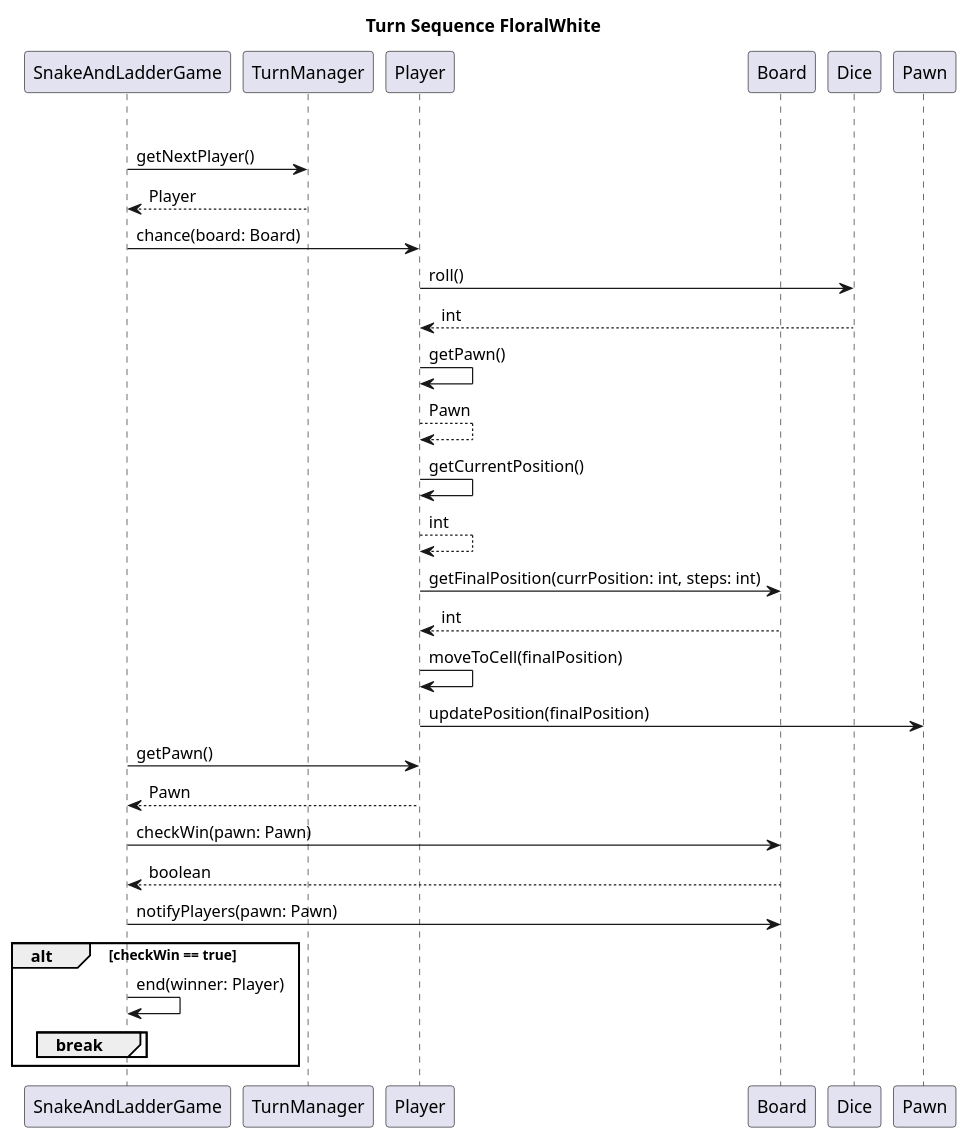
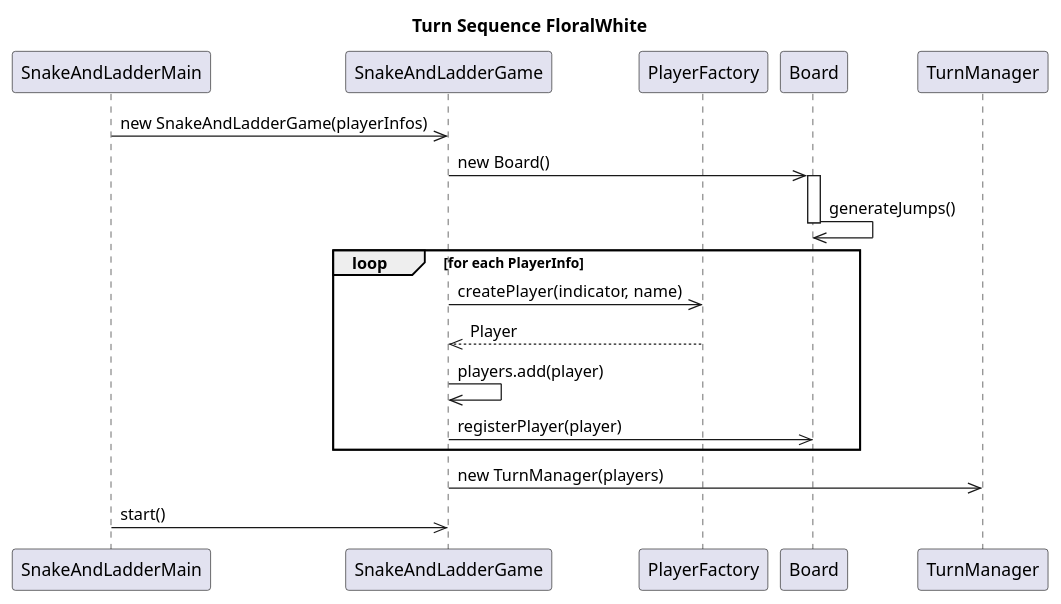
One commit to Anuj-Gupta79/lld-mastery changed the diagram in src/main/java/com/lld/problems/snakeandladder/notes/turn-sequence-flow-diagram.puml. Above: the diagram before and after it, drawn with PlantUML. The commit also changed 17 other files, not shown here.

Commit message:
Problem: Snaker and Ladder game code completed

```diff
--- a/src/main/java/com/lld/problems/snakeandladder/notes/turn-sequence-flow-diagram.puml
+++ b/src/main/java/com/lld/problems/snakeandladder/notes/turn-sequence-flow-diagram.puml
@@ -1,35 +1,24 @@
 @startuml
 title Turn Sequence FloralWhite
+    participant SnakeAndLadderMain
+    participant SnakeAndLadderGame
+    participant PlayerFactory
+    participant Board
+    participant TurnManager
 
-participant SnakeAndLadderGame
-participant TurnManager
-participant Player
-participant Board
-participant Dice
-participant Pawn
+    SnakeAndLadderMain->>SnakeAndLadderGame: new SnakeAndLadderGame(playerInfos)
+    SnakeAndLadderGame->>Board: new Board()
+    activate Board
+    Board->>Board: generateJumps()
+    deactivate Board
 
-loop until checkWin(pawn: Pawn) == true
-SnakeAndLadderGame->TurnManager: getNextPlayer()
-TurnManager --> SnakeAndLadderGame: Player
-SnakeAndLadderGame -> Player: chance(board: Board)
-Player -> Dice: roll()
-Dice --> Player: int
-Player -> Player: getPawn()
-Player --> Player: Pawn
-Player ->  Player: getCurrentPosition()
-Player --> Player: int
-Player -> Board: getFinalPosition(currPosition: int, steps: int)
-Board --> Player: int
-Player -> Player: moveToCell(finalPosition)
-Player -> Pawn: updatePosition(finalPosition)
-SnakeAndLadderGame -> Player: getPawn()
-Player --> SnakeAndLadderGame: Pawn
-SnakeAndLadderGame -> Board: checkWin(pawn: Pawn)
-Board --> SnakeAndLadderGame: boolean
-SnakeAndLadderGame -> Board: notifyPlayers(pawn: Pawn)
-alt checkWin == true
-SnakeAndLadderGame -> SnakeAndLadderGame: end(winner: Player)
-break
-end
-end
+    loop for each PlayerInfo
+        SnakeAndLadderGame->>PlayerFactory: createPlayer(indicator, name)
+        PlayerFactory-->>SnakeAndLadderGame: Player
+        SnakeAndLadderGame->>SnakeAndLadderGame: players.add(player)
+        SnakeAndLadderGame->>Board: registerPlayer(player)
+    end
+
+    SnakeAndLadderGame->>TurnManager: new TurnManager(players)
+    SnakeAndLadderMain->>SnakeAndLadderGame: start()
 @enduml
```
